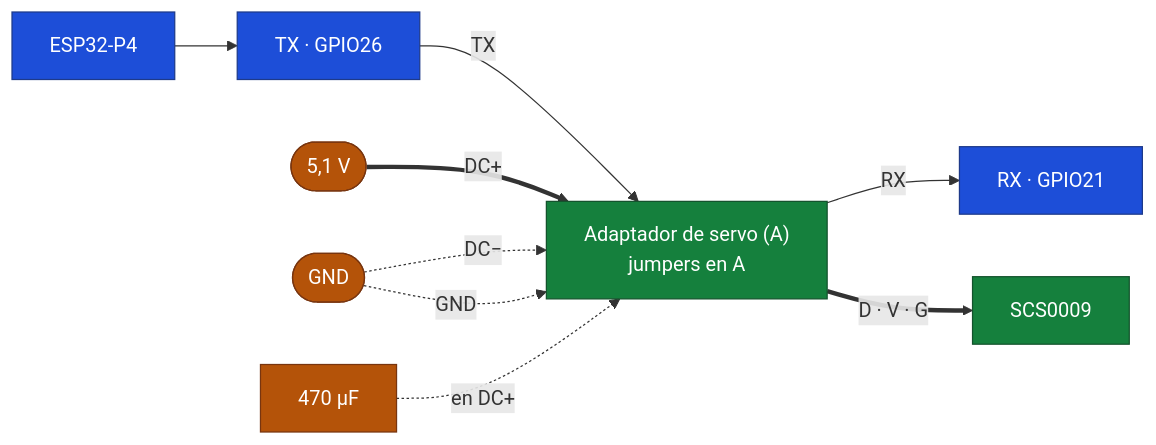
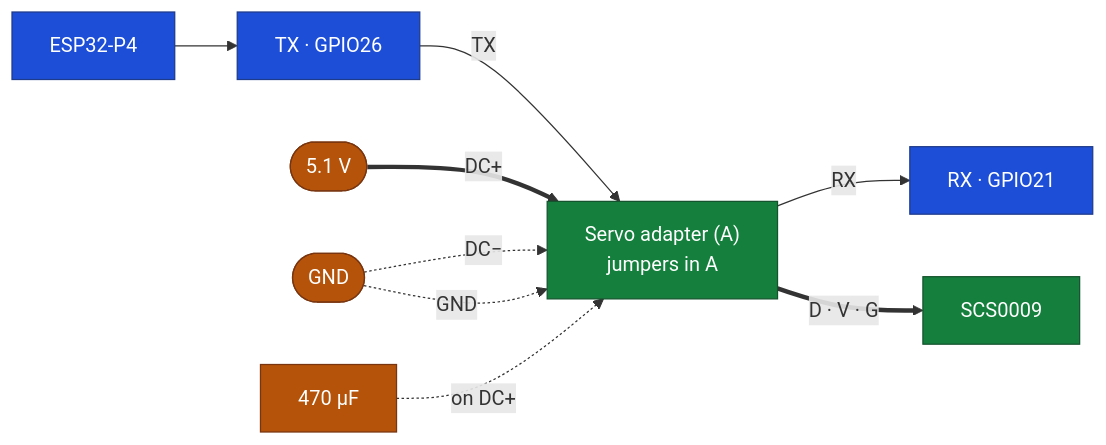
One commit to Eddym06/AutoNex changed the fourth of 5 diagrams in docs/ELECTRONICS.md. Above: the diagram before and after it, drawn with Mermaid. The commit also changed other lines of this file, not shown here.

````diff
--- a/docs/ELECTRONICS.md
+++ b/docs/ELECTRONICS.md
@@ -373,25 +373,25 @@
 ```mermaid
 flowchart LR
     P4["ESP32-P4"]
     TX["TX · GPIO26"]
     RX["RX · GPIO21"]
-    ADP["Adaptador de servo (A)<br/>jumpers en A"]
+    ADP["Servo adapter (A)<br/>jumpers in A"]
     SRV["SCS0009"]
-    BUS(["5,1 V"])
+    BUS(["5.1 V"])
     GND(["GND"])
 
     P4 --> TX -->|"TX"| ADP
     ADP -->|"RX"| RX
     BUS ==>|"DC+"| ADP
     GND -.->|"DC−"| ADP
     GND -.->|"GND"| ADP
     ADP ==>|"D · V · G"| SRV
-    C["470 µF"] -.->|"en DC+"| ADP
+    C["470 µF"] -.->|"on DC+"| ADP
 
-    classDef ctrl fill:#1d4ed8,stroke:#1e3a8a,color:#ffffff
-    classDef srv fill:#15803d,stroke:#14532d,color:#ffffff
-    classDef prot fill:#b45309,stroke:#78350f,color:#ffffff
-    class P4,TX,RX ctrl
-    class ADP,SRV srv
-    class C,BUS,GND prot
+    classDef control fill:#1d4ed8,stroke:#1e3a8a,color:#ffffff
+    classDef servo fill:#15803d,stroke:#14532d,color:#ffffff
+    classDef protection fill:#b45309,stroke:#78350f,color:#ffffff
+    class P4,TX,RX control
+    class ADP,SRV servo
+    class C,BUS,GND protection
 ```
````
